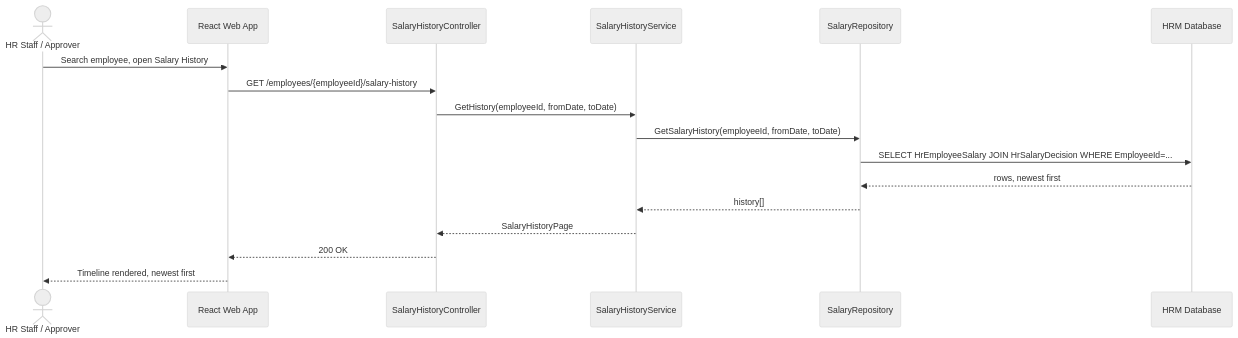
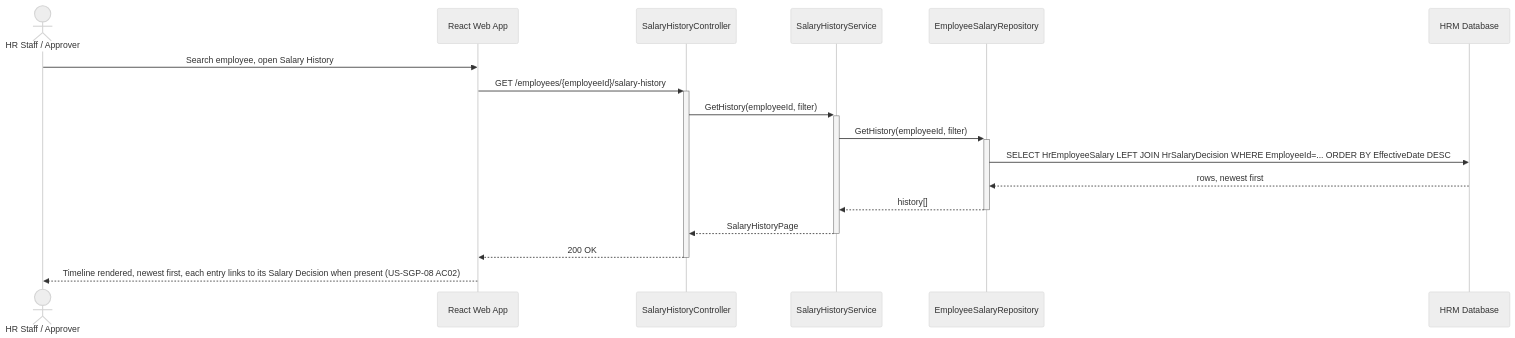
Before and after one commit to sang2197/QuanLyNhanSu-NguyenVanSang: diagram 18 of 20 in Docs/DetailedDesign/SequenceDiagrams.md, drawn with Mermaid (neutral theme). The commit also changed other lines of this file and 30 other files, not shown here.

````diff
--- a/Docs/DetailedDesign/SequenceDiagrams.md
+++ b/Docs/DetailedDesign/SequenceDiagrams.md
@@ -139,20 +795,20 @@
 ```mermaid
 sequenceDiagram
     actor U as HR Staff / Approver
     participant FE as React Web App
     participant API as SalaryHistoryController
     participant SVC as SalaryHistoryService
-    participant REPO as SalaryRepository
+    participant REPO as EmployeeSalaryRepository
     participant DB as HRM Database
 
     U->>FE: Search employee, open Salary History
-    FE->>API: GET /employees/{employeeId}/salary-history
-    API->>SVC: GetHistory(employeeId, fromDate, toDate)
-    SVC->>REPO: GetSalaryHistory(employeeId, fromDate, toDate)
-    REPO->>DB: SELECT HrEmployeeSalary JOIN HrSalaryDecision WHERE EmployeeId=...
+    FE->>+API: GET /employees/{employeeId}/salary-history
+    API->>+SVC: GetHistory(employeeId, filter)
+    SVC->>+REPO: GetHistory(employeeId, filter)
+    REPO->>DB: SELECT HrEmployeeSalary LEFT JOIN HrSalaryDecision WHERE EmployeeId=... ORDER BY EffectiveDate DESC
     DB-->>REPO: rows, newest first
-    REPO-->>SVC: history[]
-    SVC-->>API: SalaryHistoryPage
-    API-->>FE: 200 OK
-    FE-->>U: Timeline rendered, newest first
+    REPO-->>-SVC: history[]
+    SVC-->>-API: SalaryHistoryPage
+    API-->>-FE: 200 OK
+    FE-->>U: Timeline rendered, newest first, each entry links to its Salary Decision when present (US-SGP-08 AC02)
 ```
````
